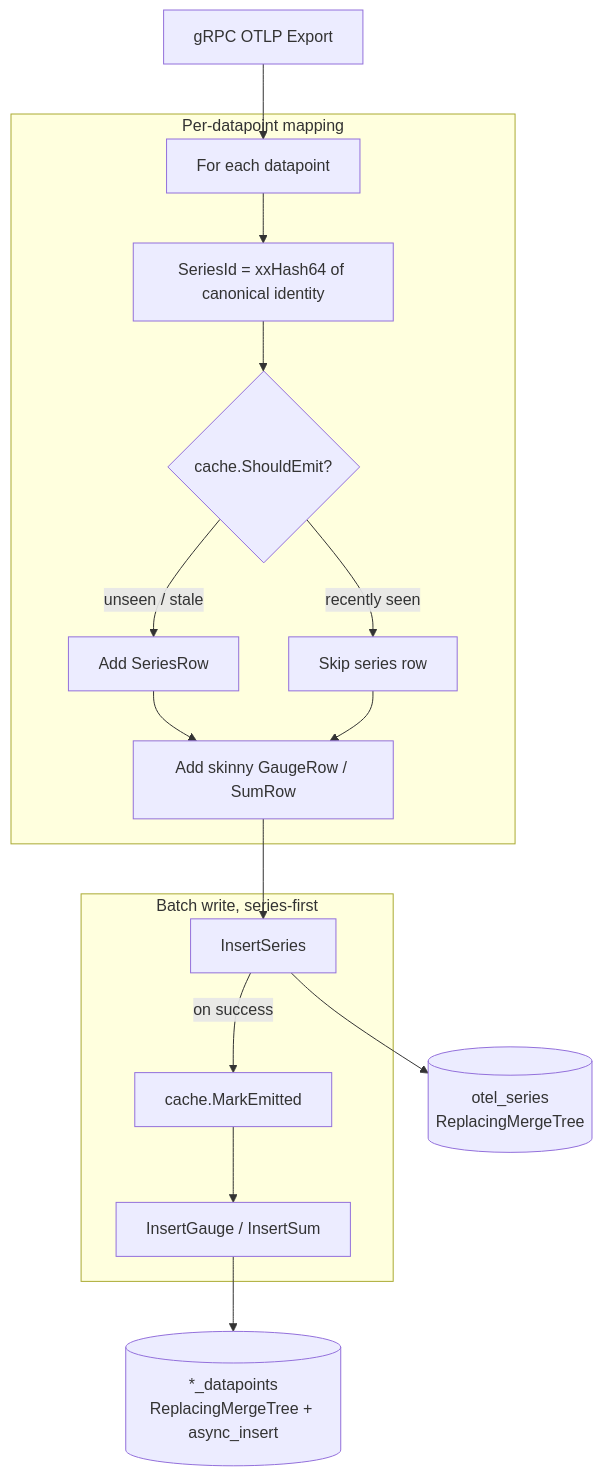
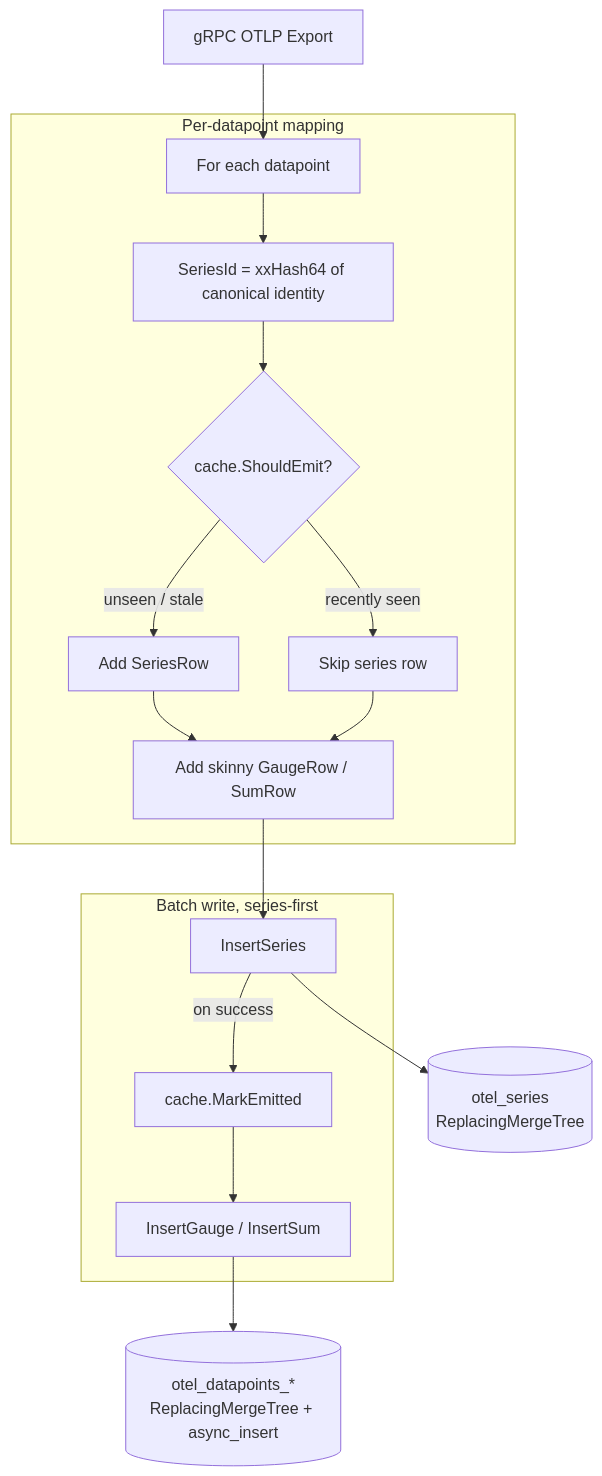
Before and after one commit to nestorsokil/otlp-metric-store-backend-go: the diagram in specs/001-series-datapoint-split/2-design.md, drawn with Mermaid. The commit also changed other lines of this file and 4 other files, not shown here.

````diff
--- a/specs/001-series-datapoint-split/2-design.md
+++ b/specs/001-series-datapoint-split/2-design.md
@@ -139,23 +139,23 @@
 ```mermaid
 flowchart TD
     Req[gRPC OTLP Export] --> Loop
 
     subgraph Map[Per-datapoint mapping]
         Loop[For each datapoint] --> Hash[SeriesId = xxHash64 of canonical identity]
         Hash --> Gate{cache.ShouldEmit?}
         Gate -- unseen / stale --> Emit[Add SeriesRow]
         Gate -- recently seen --> Dedup[Skip series row]
         Emit --> DP[Add skinny GaugeRow / SumRow]
         Dedup --> DP
     end
 
     DP --> Series
 
     subgraph Write[Batch write, series-first]
         Series[InsertSeries] -->|on success| Mark[cache.MarkEmitted]
         Mark --> Points[InsertGauge / InsertSum]
     end
 
     Series --> CHs[(otel_series<br>ReplacingMergeTree)]
-    Points --> CHp[(*_datapoints<br>ReplacingMergeTree + async_insert)]
+    Points --> CHp[(otel_datapoints_*<br>ReplacingMergeTree + async_insert)]
 ```
````
